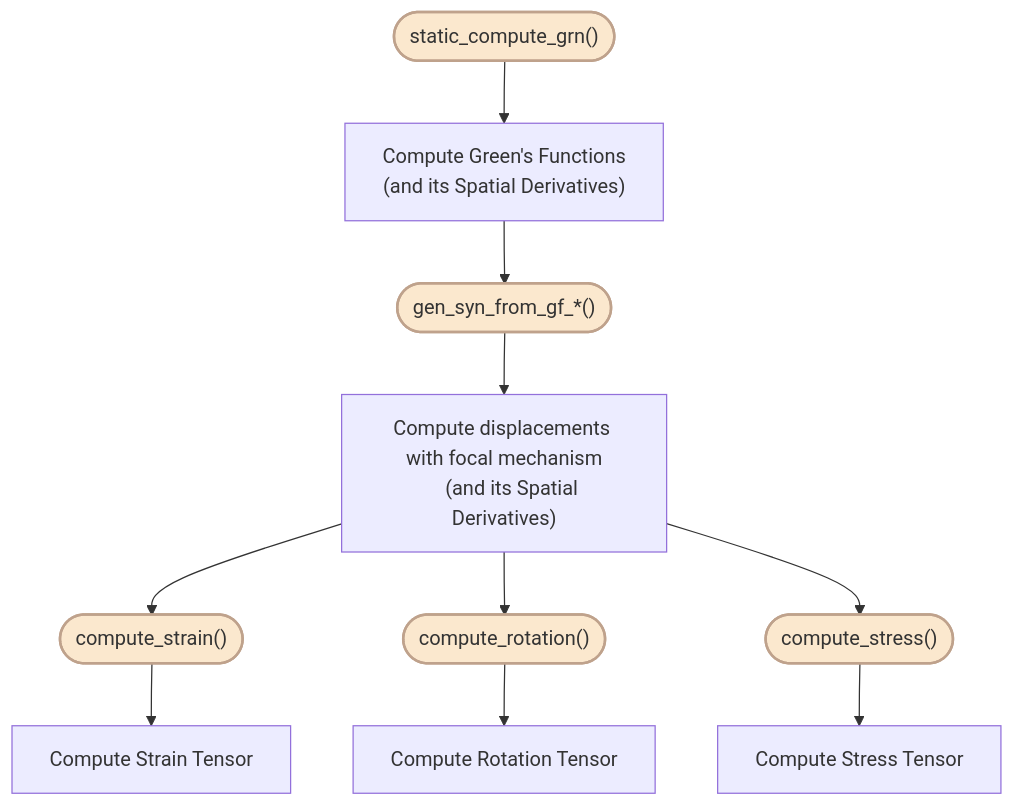
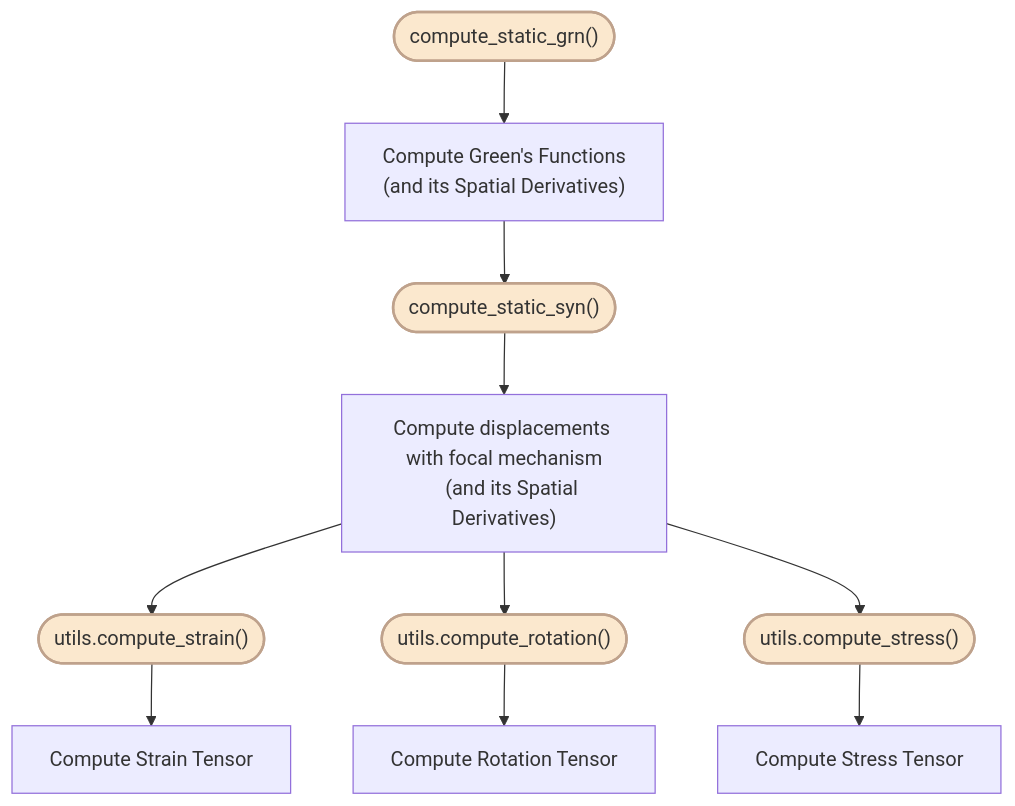
The first of 2 diagrams in docs/source/Tutorial/static/index.rst (Dengda98/PyGRT), drawn with Mermaid before and after one commit. The commit also changed 77 other files, not shown here.

```diff
--- a/docs/source/Tutorial/static/index.rst
+++ b/docs/source/Tutorial/static/index.rst
@@ -11,26 +11,26 @@
 .. mermaid::
 
     flowchart TB 
 
-        GG(["static_compute_grn()"])
-        SS(["gen_syn_from_gf_*()"])
-        EE(["compute_strain()"])
-        RR(["compute_rotation()"])
-        TT(["compute_stress()"])
+        GG(["compute_static_grn()"])
+        SS(["compute_static_syn()"])
+        EE(["utils.compute_strain()"])
+        RR(["utils.compute_rotation()"])
+        TT(["utils.compute_stress()"])
 
         G["Compute Green's Functions
         (and its Spatial Derivatives)"]
         S["Compute displacements with focal mechanism
         (and its Spatial Derivatives)"]
         E["Compute Strain Tensor"]
         R["Compute Rotation Tensor"]
         T["Compute Stress Tensor"]
 
         GG --> G
         G --> SS --> S
         S --> EE --> E
         S --> RR --> R
         S --> TT --> T
         
         classDef cmdcls fill:#FBE8CE,stroke:#BFA28C,stroke-width:2px,color:#333;
         class GG,SS,EE,RR,TT cmdcls
```
